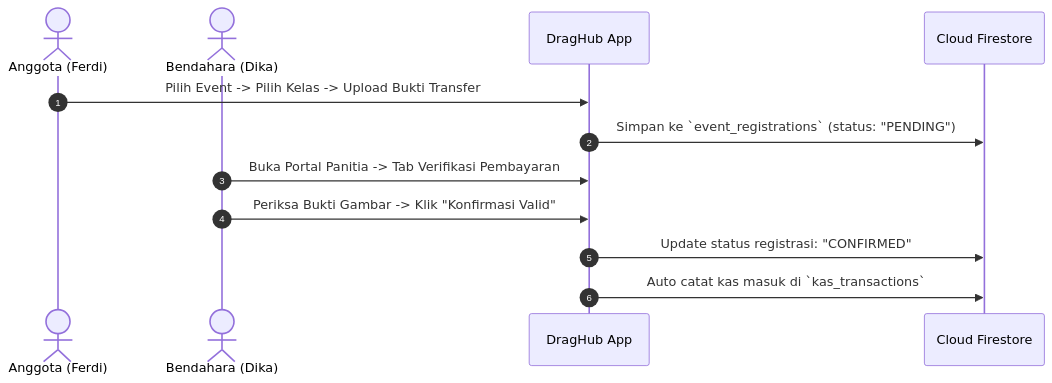
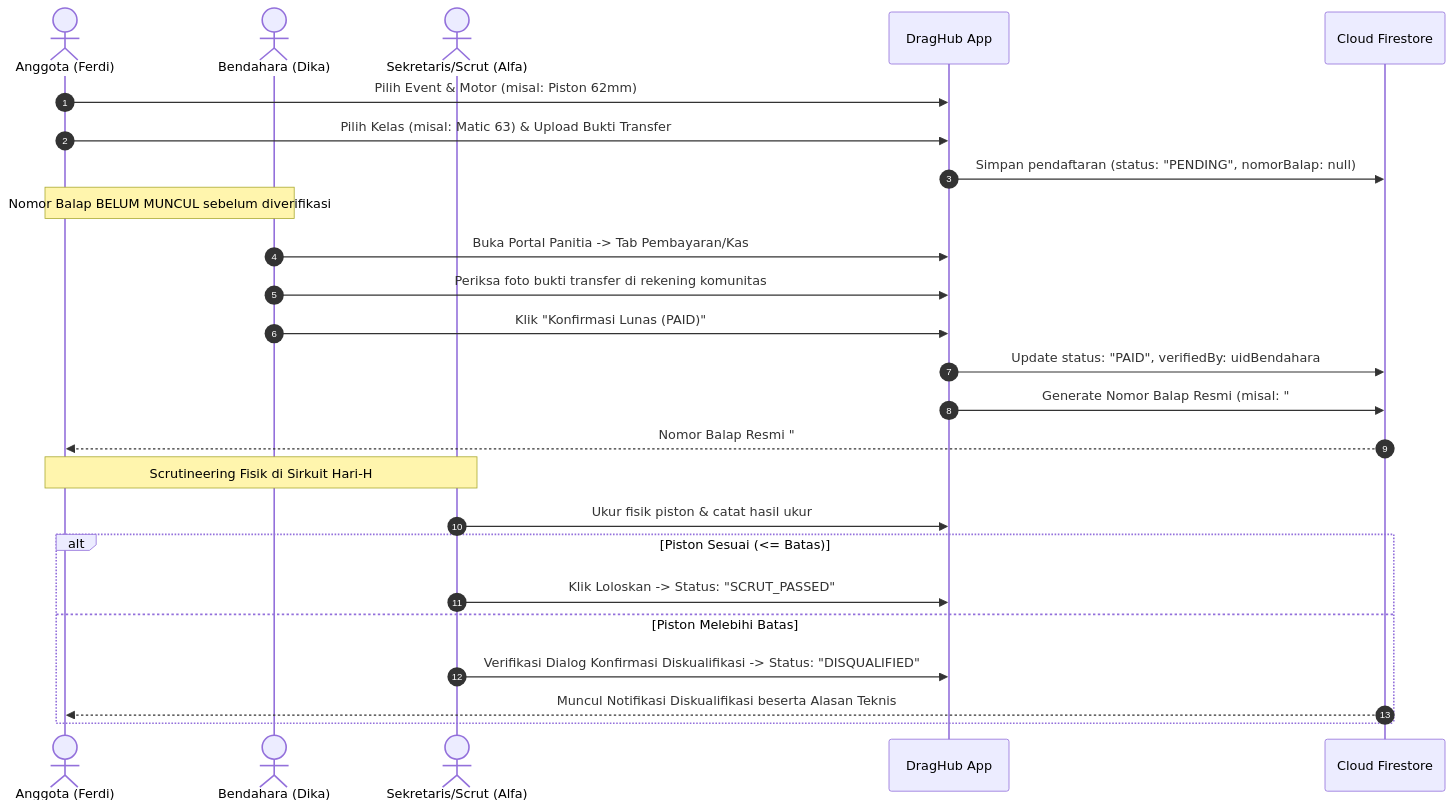
One commit to rhndty/draghub changed the second of 2 diagrams in docs/PRD_DragHub.md. Above: the diagram before and after it, drawn with Mermaid. The commit also changed other lines of this file and 2 other files, not shown here.

Commit message:
update prd, erd, dan pembagian tugas git

````diff
--- a/docs/PRD_DragHub.md
+++ b/docs/PRD_DragHub.md
@@ -79,15 +111,32 @@
 ```mermaid
 sequenceDiagram
     autonumber
     actor Rider as Anggota (Ferdi)
     actor Ben as Bendahara (Dika)
+    actor Sek as Sekretaris/Scrut (Alfa)
     participant App as DragHub App
     participant DB as Cloud Firestore
 
-    Rider->>App: Pilih Event -> Pilih Kelas -> Upload Bukti Transfer
-    App->>DB: Simpan ke `event_registrations` (status: "PENDING")
-    Ben->>App: Buka Portal Panitia -> Tab Verifikasi Pembayaran
-    Ben->>App: Periksa Bukti Gambar -> Klik "Konfirmasi Valid"
-    App->>DB: Update status registrasi: "CONFIRMED"
-    App->>DB: Auto catat kas masuk di `kas_transactions`
+    Rider->>App: Pilih Event & Motor (misal: Piston 62mm)
+    Rider->>App: Pilih Kelas (misal: Matic 63) & Upload Bukti Transfer
+    App->>DB: Simpan pendaftaran (status: "PENDING", nomorBalap: null)
+    
+    Note over Rider,Ben: Nomor Balap BELUM MUNCUL sebelum diverifikasi
+    
+    Ben->>App: Buka Portal Panitia -> Tab Pembayaran/Kas
+    Ben->>App: Periksa foto bukti transfer di rekening komunitas
+    Ben->>App: Klik "Konfirmasi Lunas (PAID)"
+    App->>DB: Update status: "PAID", verifiedBy: uidBendahara
+    App->>DB: Generate Nomor Balap Resmi (misal: "#089")
+    
+    DB-->>Rider: Nomor Balap Resmi "#089" Tampil di Layar Pembalap
+    
+    Note over Rider,Sek: Scrutineering Fisik di Sirkuit Hari-H
+    Sek->>App: Ukur fisik piston & catat hasil ukur
+    alt Piston Sesuai (<= Batas)
+        Sek->>App: Klik Loloskan -> Status: "SCRUT_PASSED"
+    else Piston Melebihi Batas
+        Sek->>App: Verifikasi Dialog Konfirmasi Diskualifikasi -> Status: "DISQUALIFIED"
+        DB-->>Rider: Muncul Notifikasi Diskualifikasi beserta Alasan Teknis
+    end
 ```
````
